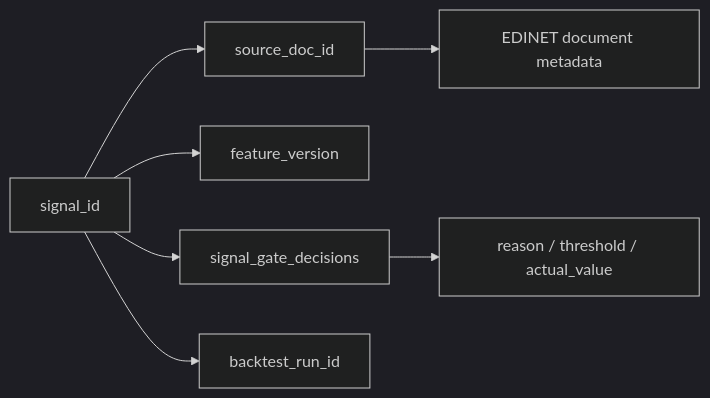
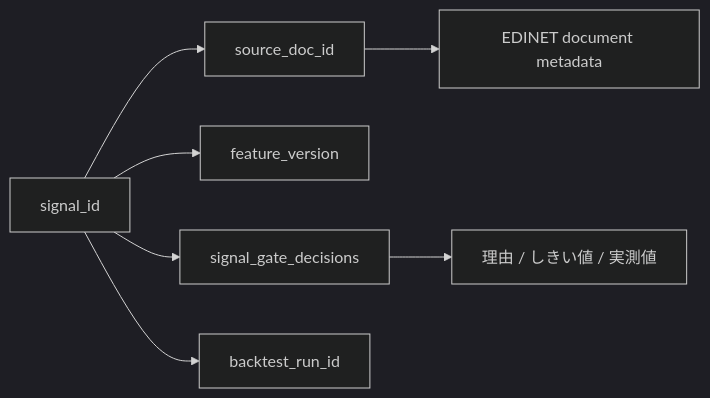
The second of 2 diagrams in docs/specs/edinet.md (KAFKA2306/investor), drawn with Mermaid (dark theme) before and after one commit. The commit also changed other lines of this file and 52 other files, not shown here.

````diff
--- a/docs/specs/edinet.md
+++ b/docs/specs/edinet.md
@@ -466,9 +466,9 @@
 ```mermaid
 flowchart LR
   S[signal_id] --> L[source_doc_id]
   S --> F[feature_version]
   S --> G[signal_gate_decisions]
   S --> B[backtest_run_id]
   L --> D[EDINET document metadata]
-  G --> R[reason / threshold / actual_value]
+  G --> R[理由 / しきい値 / 実測値]
 ```
````
